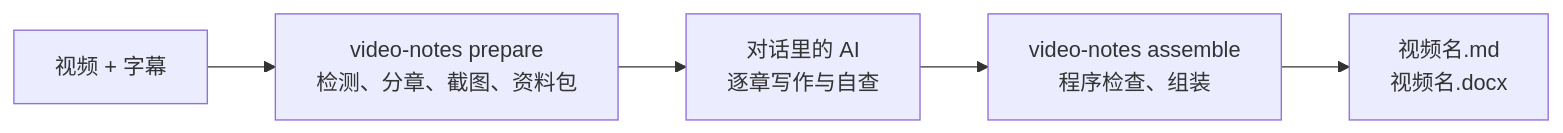
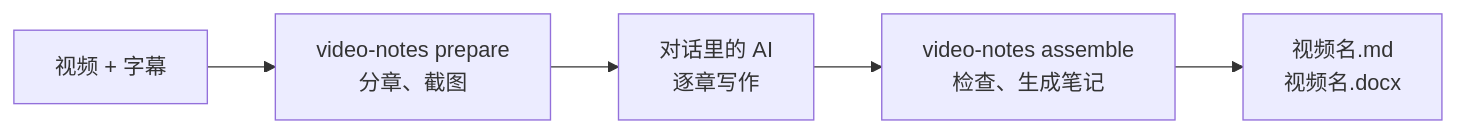
One commit to songyang8964/video-notes changed the diagram in README.md. Above: the diagram before and after it, drawn with Mermaid. The commit also changed other lines of this file and 8 other files, not shown here.

First line of the commit message:
README as three steps with Colab screenshots; the tested Colab notebook ships with video-notes

````diff
--- a/README.md
+++ b/README.md
@@ -36,7 +11,7 @@
 ```mermaid
 flowchart LR
-    V["视频 + 字幕"] --> P["video-notes prepare<br/>检测、分章、截图、资料包"]
-    P --> A["对话里的 AI<br/>逐章写作与自查"]
-    A --> S["video-notes assemble<br/>程序检查、组装"]
+    V["视频 + 字幕"] --> P["video-notes prepare<br/>分章、截图"]
+    P --> A["对话里的 AI<br/>逐章写作"]
+    A --> S["video-notes assemble<br/>检查、生成笔记"]
     S --> O["视频名.md<br/>视频名.docx"]
 ```
````
